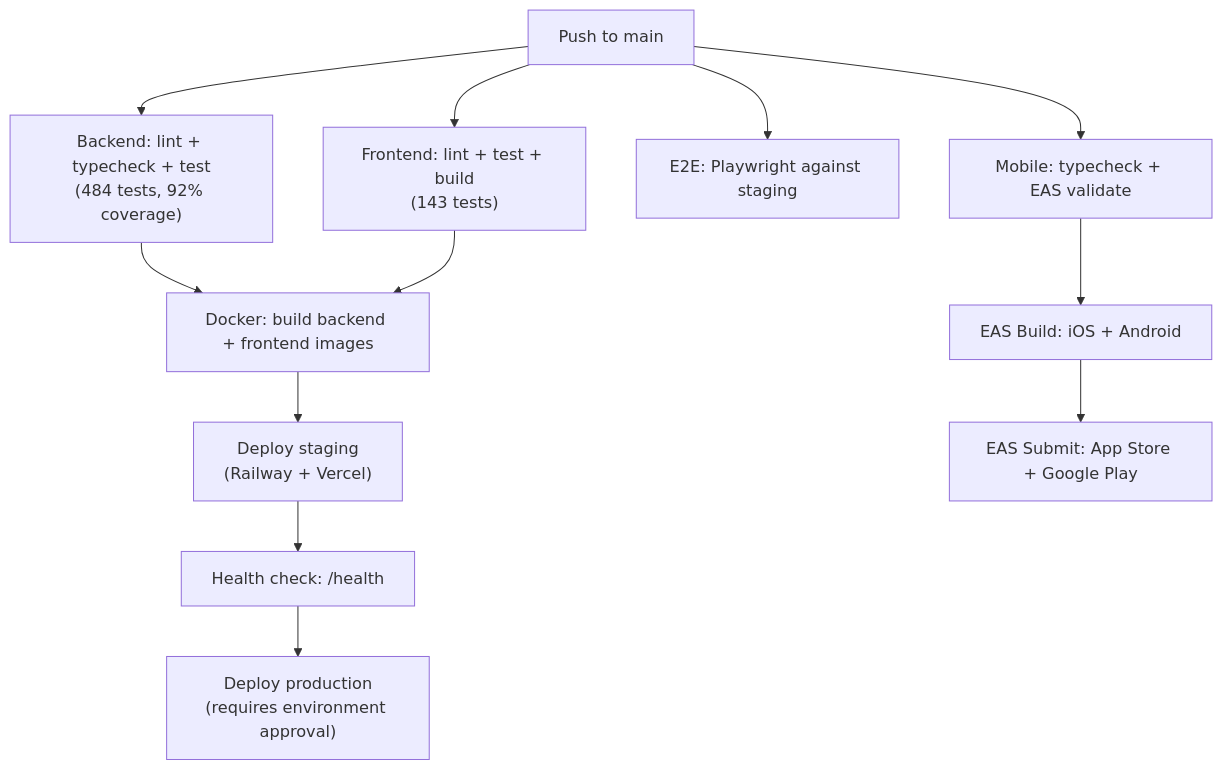
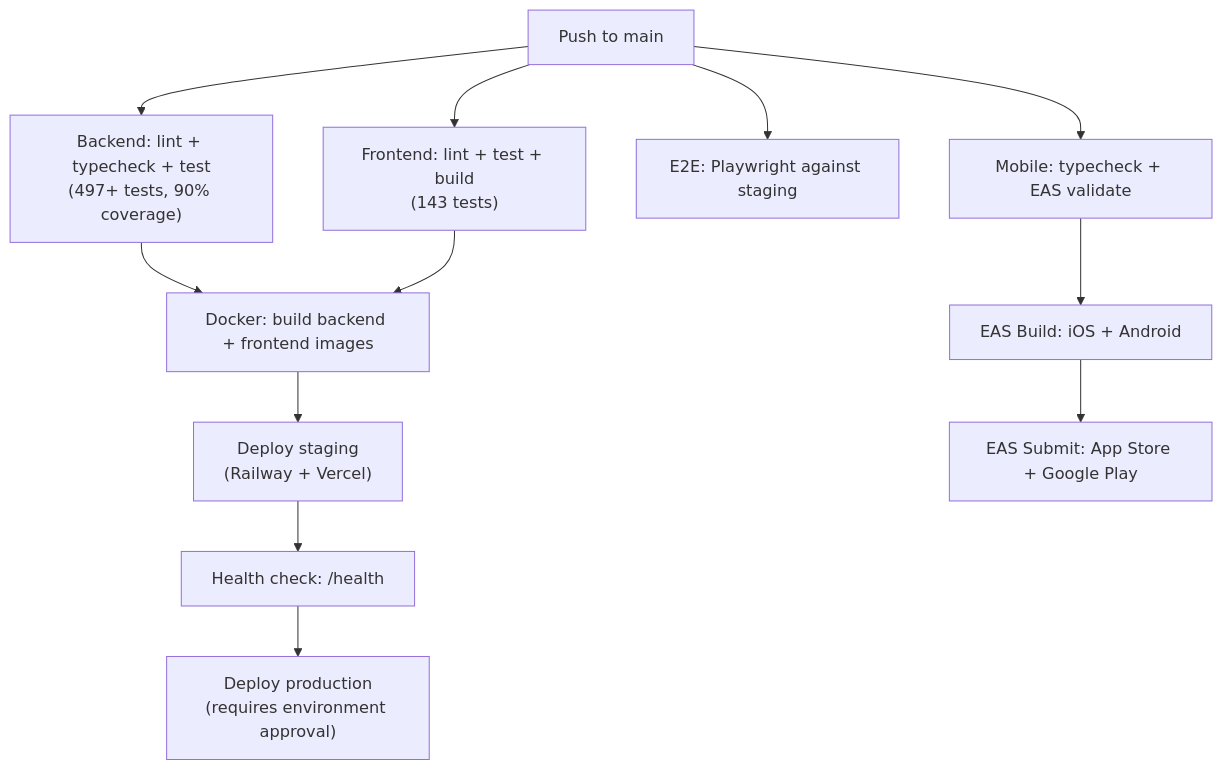
Before and after one commit to tylerm2407/Legalassistant: the sixth of 6 diagrams in ARCHITECTURE.md, drawn with Mermaid. The commit also changed other lines of this file and 17 other files, not shown here.

````diff
--- a/ARCHITECTURE.md
+++ b/ARCHITECTURE.md
@@ -826,14 +826,14 @@
 ```mermaid
 flowchart TD
-    PUSH["Push to main"] --> LINT["Backend: lint + typecheck + test<br/>(484 tests, 92% coverage)"]
+    PUSH["Push to main"] --> LINT["Backend: lint + typecheck + test<br/>(497+ tests, 90% coverage)"]
     PUSH --> WEB["Frontend: lint + test + build<br/>(143 tests)"]
     PUSH --> E2E["E2E: Playwright against staging"]
     PUSH --> MOBILE["Mobile: typecheck + EAS validate"]
     LINT --> DOCKER["Docker: build backend + frontend images"]
     WEB --> DOCKER
     DOCKER --> STAGING["Deploy staging<br/>(Railway + Vercel)"]
     STAGING --> HEALTH["Health check: /health"]
     HEALTH --> PROD["Deploy production<br/>(requires environment approval)"]
     MOBILE --> EAS["EAS Build: iOS + Android"]
     EAS --> SUBMIT["EAS Submit: App Store + Google Play"]
 ```
````
